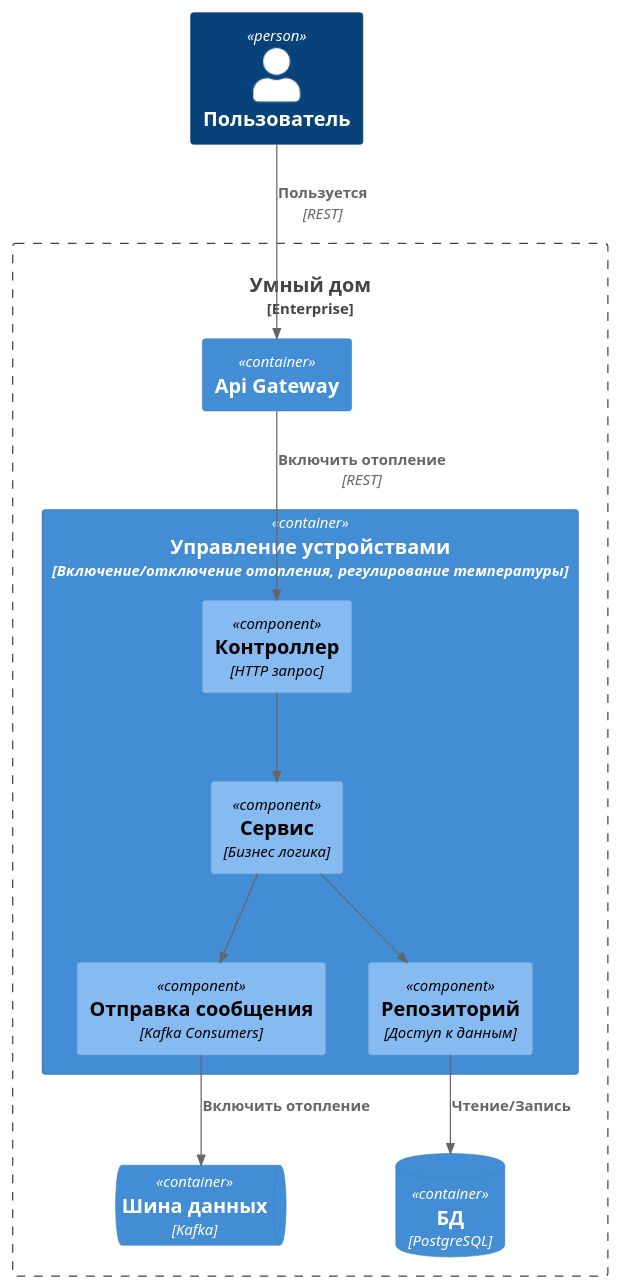
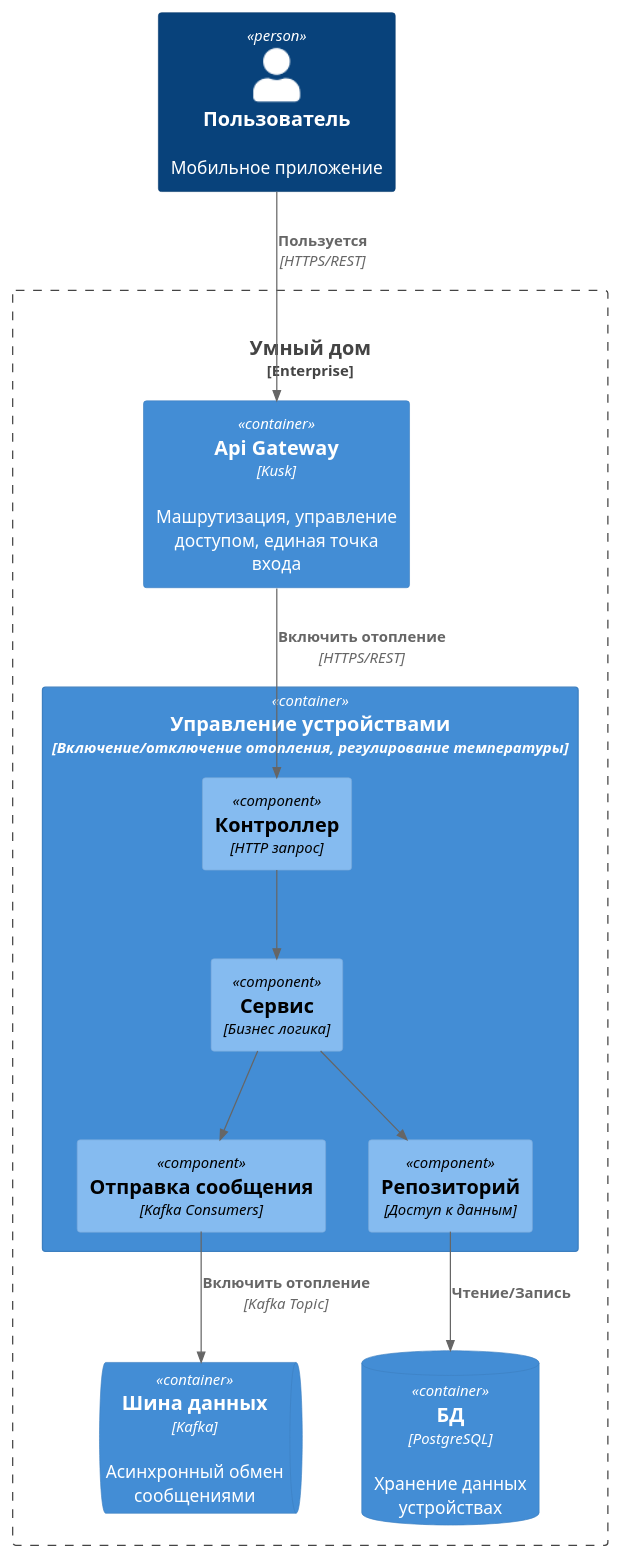
One commit to HichDX/architecture-sprint-3 changed the diagram in diagrams/component_diagrams.puml. Above: the diagram before and after it, drawn with PlantUML. The commit also changed 8 other files, not shown here.

```diff
--- a/diagrams/component_diagrams.puml
+++ b/diagrams/component_diagrams.puml
@@ -1,36 +1,36 @@
 @startuml
-'!includeurl https://raw.githubusercontent.com/RicardoNiepel/C4-PlantUML/master/C4_Container.puml
+!include https://raw.githubusercontent.com/RicardoNiepel/C4-PlantUML/master/C4_Container.puml
 !include https://raw.githubusercontent.com/plantuml-stdlib/C4-PlantUML/master/C4_Component.puml
 !include https://raw.githubusercontent.com/plantuml-stdlib/C4-PlantUML/master/C4_Context.puml
 
 'LAYOUT_WITH_LEGEND
 
 
-Person(user, "Пользователь")
+Person(user, "Пользователь", "Мобильное приложение")
 
 Enterprise_Boundary(e1, "Умный дом"){
 
-Container(api_gateway, "Api Gateway")
+Container(api_gateway, "Api Gateway", "Kusk", "Машрутизация, управление доступом, единая точка входа")
 Container(control_device, "Управление устройствами", "Включение/отключение отопления, регулирование температуры"){
 Component(control_device_component, "Контроллер", "HTTP запрос")
 Component(control_device_service, "Сервис", "Бизнес логика")
 Component(control_device_kafka, "Отправка сообщения", "Kafka Consumers")
 Component(control_device_repository, "Репозиторий", "Доступ к данным")
 }
 
-ContainerDb(device_DB, "БД", "PostgreSQL")
+ContainerDb(device_DB, "БД", "PostgreSQL", "Хранение данных устройствах")
 
-ContainerQueue(Kafka, "Шина данных", "Kafka")
+ContainerQueue(Kafka, "Шина данных", "Kafka", "Асинхронный обмен сообщениями")
 
-Rel(user, api_gateway, "Пользуется", "REST")
+Rel(user, api_gateway, "Пользуется", "HTTPS/REST")
 
-Rel(api_gateway, control_device_component, "Включить отопление", "REST")
+Rel(api_gateway, control_device_component, "Включить отопление", "HTTPS/REST")
 Rel(control_device_component, control_device_service, "")
 Rel(control_device_service, control_device_repository, "")
 Rel(control_device_service, control_device_kafka, "")
 Rel(control_device_repository, device_DB, "Чтение/Запись")
 
-Rel(control_device_kafka, Kafka, "Включить отопление")
+Rel(control_device_kafka, Kafka, "Включить отопление", "Kafka Topic")
 
 }
 @enduml
```
